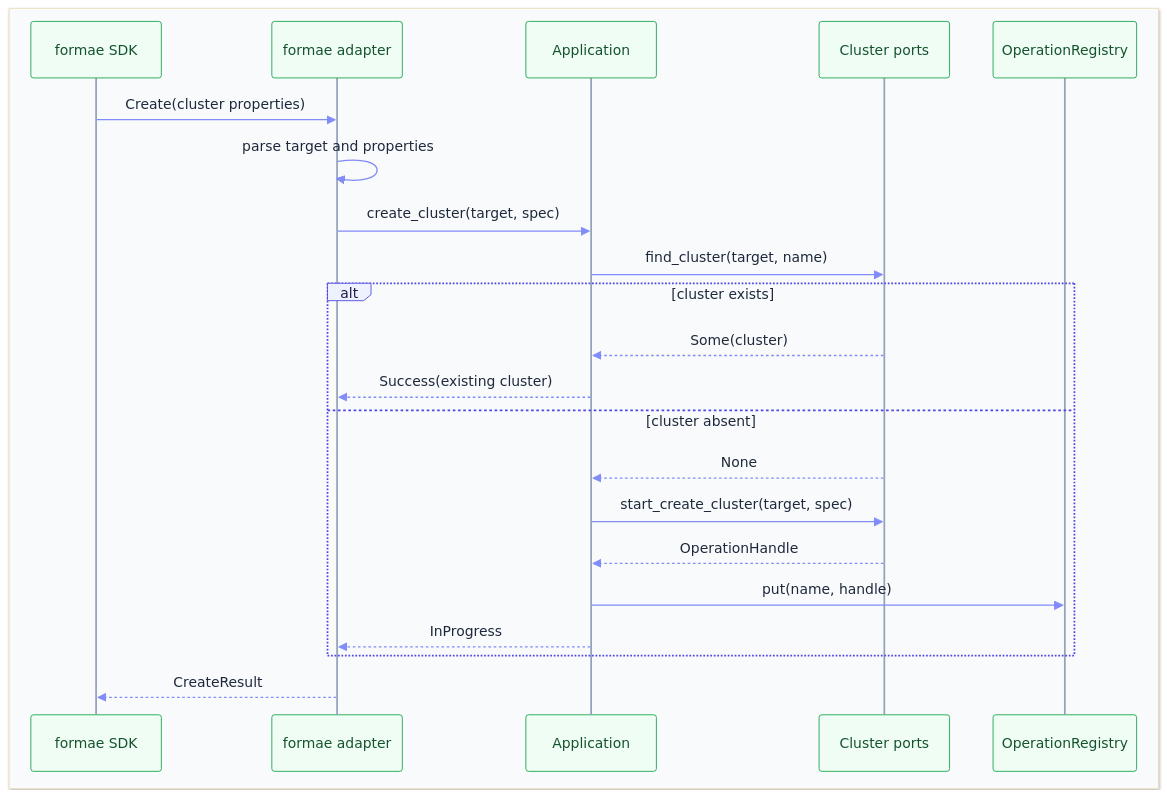
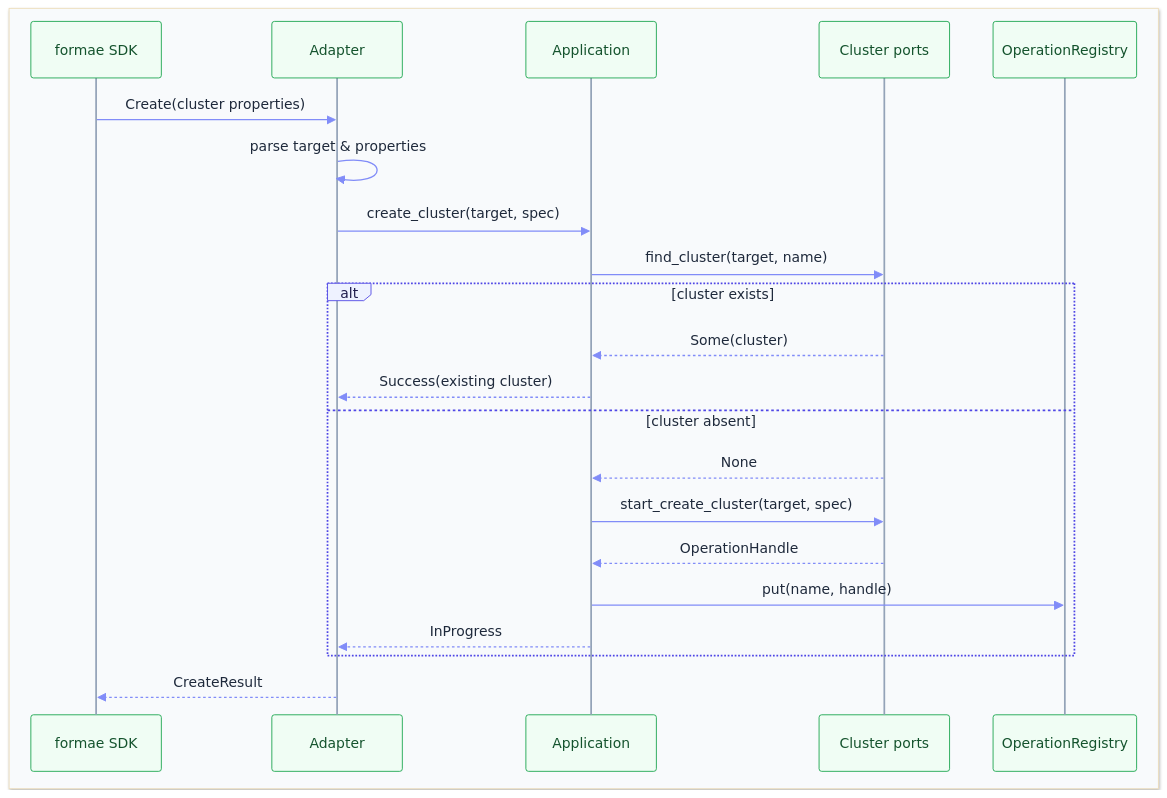
Before and after one commit to extropy-eng/formae-plugin-kiac: the third of 4 diagrams in docs/DESIGN.md, drawn with Mermaid. The commit also changed other lines of this file, not shown here.

Commit message:
rename sequence diagram actor and interaction

````diff
--- a/docs/DESIGN.md
+++ b/docs/DESIGN.md
@@ -692,49 +692,49 @@
 ```mermaid
 %%{
   init: {
     "theme": "base",
     "themeVariables": {
       "fontSize": "16px",
       "signalColor": "#818cf8",
       "signalTextColor": "#1e293b",
       "actorBkg": "#f0fdf4",
       "actorBorder": "#16a34a",
       "actorTextColor": "#14532d",
       "actorLineColor": "#94a3b8",
       "labelBoxBkgColor": "#eef2ff",
       "labelBoxBorderColor": "#4f46e5",
       "labelTextColor": "#1e1b4b",
       "loopTextColor": "#1e293b",
       "noteBkgColor": "#fef3c7",
       "noteTextColor": "#78350f",
       "activationBkgColor": "#c7d2fe",
       "activationBorderColor": "#4f46e5"
     },
     "themeCSS": "rect.rect{stroke:#94a3b8;stroke-width:1px}[data-id=SDK] rect,[data-id=A] rect{fill:#eef2ff;stroke:#4f46e5}[data-id=SDK] text,[data-id=A] text{fill:#1e1b4b}"
   }
 }%%
 sequenceDiagram
     box rgb(248, 250, 252)
         participant SDK as formae SDK
-        participant A as formae adapter
+        participant A as Adapter
         participant App as Application
         participant K as Cluster ports
         participant R as OperationRegistry
     end
 
     SDK->>A: Create(cluster properties)
-    A->>A: parse target and properties
+    A->>A: parse target & properties
     A->>App: create_cluster(target, spec)
     App->>K: find_cluster(target, name)
     alt cluster exists
         K-->>App: Some(cluster)
         App-->>A: Success(existing cluster)
     else cluster absent
         K-->>App: None
         App->>K: start_create_cluster(target, spec)
         K-->>App: OperationHandle
         App->>R: put(name, handle)
         App-->>A: InProgress
     end
     A-->>SDK: CreateResult
 ```
````
